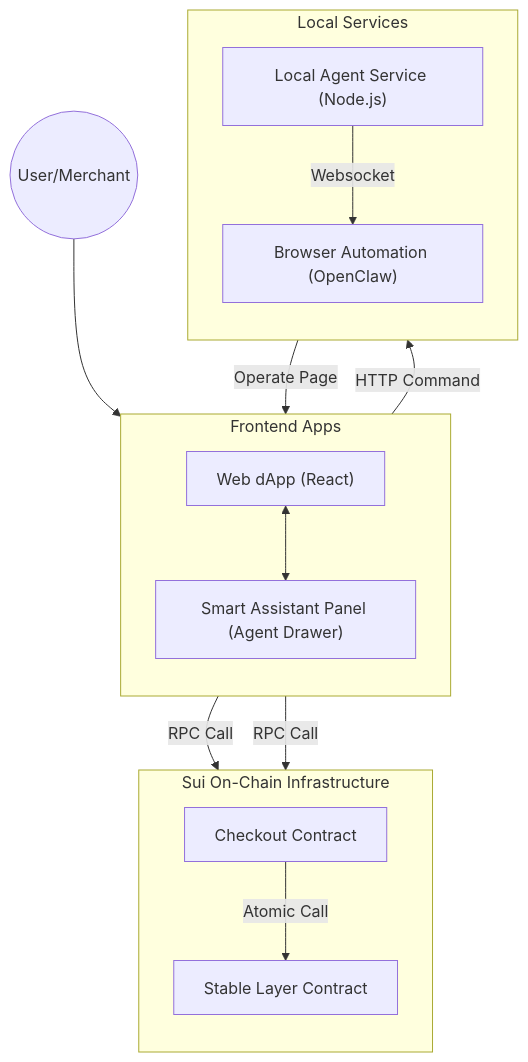
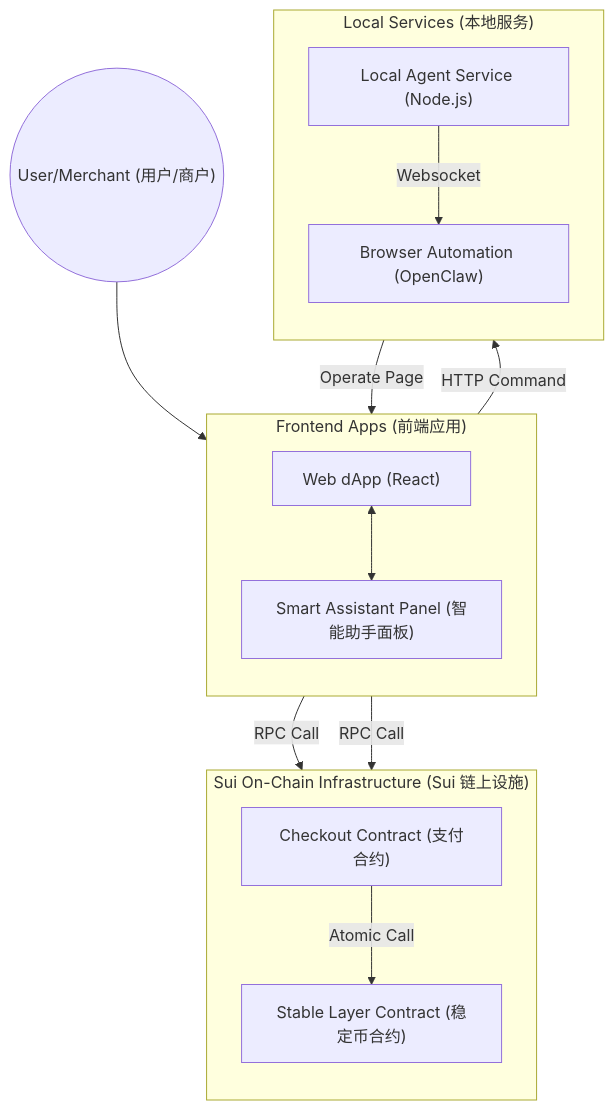
The first of 2 diagrams in docs/demo-script.md (2658183739/vibecoding-vrm-sui), drawn with Mermaid before and after one commit. The commit also changed other lines of this file, not shown here.

````diff
--- a/docs/demo-script.md
+++ b/docs/demo-script.md
@@ -19,31 +90,31 @@
 ```mermaid
 graph TB
-    User(("User/Merchant"))
+    User(("User/Merchant (用户/商户)"))
     
-    subgraph Frontend ["Frontend Apps"]
+    subgraph Frontend ["Frontend Apps (前端应用)"]
         direction TB
         WebApp["Web dApp (React)"]
-        AgentDrawer["Smart Assistant Panel (Agent Drawer)"]
+        AgentDrawer["Smart Assistant Panel (智能助手面板)"]
     end
     
-    subgraph LocalService ["Local Services"]
+    subgraph LocalService ["Local Services (本地服务)"]
         direction TB
         LocalAgent["Local Agent Service (Node.js)"]
         BrowserControl["Browser Automation (OpenClaw)"]
     end
     
-    subgraph OnChain ["Sui On-Chain Infrastructure"]
+    subgraph OnChain ["Sui On-Chain Infrastructure (Sui 链上设施)"]
         direction TB
-        Contract_Checkout["Checkout Contract"]
-        Contract_Stable["Stable Layer Contract"]
+        Contract_Checkout["Checkout Contract (支付合约)"]
+        Contract_Stable["Stable Layer Contract (稳定币合约)"]
     end
 
     User --> WebApp
     WebApp <--> AgentDrawer
     WebApp -- "RPC Call" --> Contract_Checkout
     WebApp -- "RPC Call" --> Contract_Stable
     AgentDrawer -- "HTTP Command" --> LocalAgent
     LocalAgent -- "Websocket" --> BrowserControl
     BrowserControl -- "Operate Page" --> WebApp
     Contract_Checkout -- "Atomic Call" --> Contract_Stable
 ```
````
